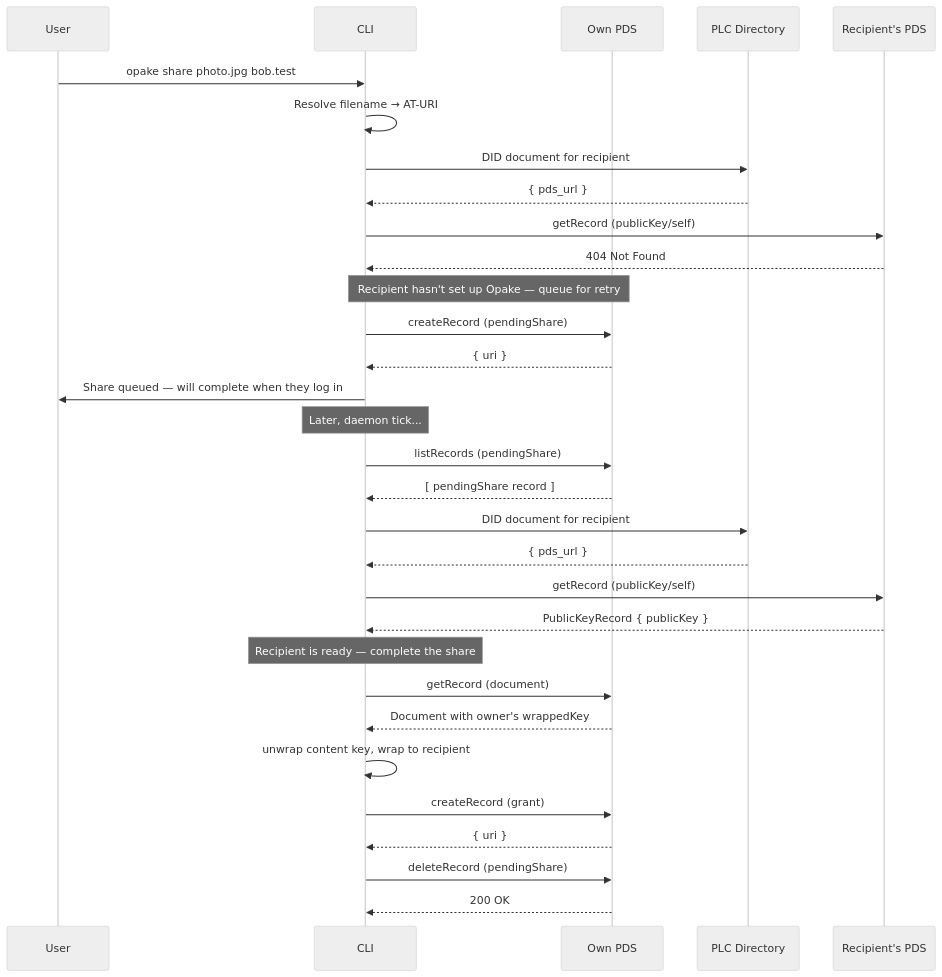
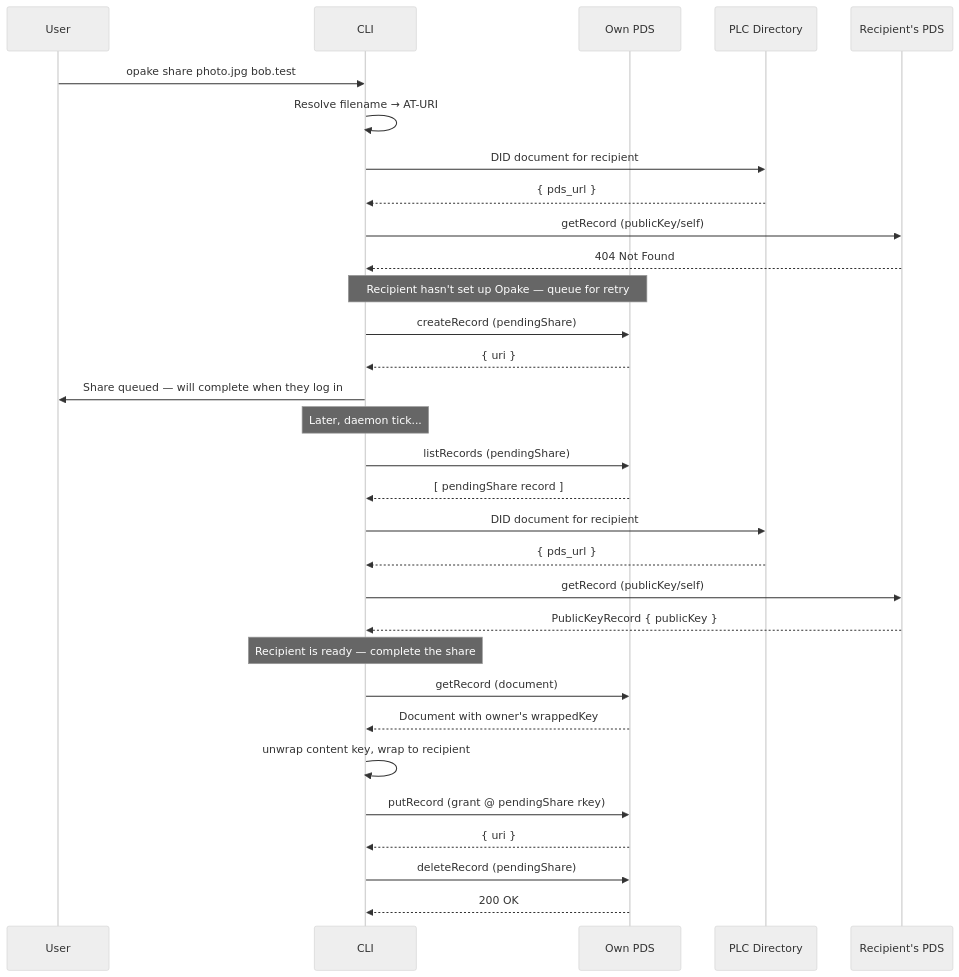
Before and after one commit to Sans-Self/Opake: the fourth of 4 diagrams in docs/flows/sharing.md, drawn with Mermaid (neutral theme). The commit also changed other lines of this file and 22 other files, not shown here.

````diff
--- a/docs/flows/sharing.md
+++ b/docs/flows/sharing.md
@@ -101,40 +101,40 @@
 ```mermaid
 sequenceDiagram
     participant User
     participant CLI
     participant PDS as Own PDS
     participant PLC as PLC Directory
     participant RecipientPDS as Recipient's PDS
 
     User->>CLI: opake share photo.jpg bob.test
 
     CLI->>CLI: Resolve filename → AT-URI
     CLI->>PLC: DID document for recipient
     PLC-->>CLI: { pds_url }
     CLI->>RecipientPDS: getRecord (publicKey/self)
     RecipientPDS-->>CLI: 404 Not Found
 
     Note over CLI,PDS: Recipient hasn't set up Opake — queue for retry
     CLI->>PDS: createRecord (pendingShare)
     PDS-->>CLI: { uri }
     CLI->>User: Share queued — will complete when they log in
 
     Note over CLI: Later, daemon tick...
     CLI->>PDS: listRecords (pendingShare)
     PDS-->>CLI: [ pendingShare record ]
 
     CLI->>PLC: DID document for recipient
     PLC-->>CLI: { pds_url }
     CLI->>RecipientPDS: getRecord (publicKey/self)
     RecipientPDS-->>CLI: PublicKeyRecord { publicKey }
 
     Note over CLI: Recipient is ready — complete the share
     CLI->>PDS: getRecord (document)
     PDS-->>CLI: Document with owner's wrappedKey
     CLI->>CLI: unwrap content key, wrap to recipient
 
-    CLI->>PDS: createRecord (grant)
+    CLI->>PDS: putRecord (grant @ pendingShare rkey)
     PDS-->>CLI: { uri }
     CLI->>PDS: deleteRecord (pendingShare)
     PDS-->>CLI: 200 OK
 ```
````
